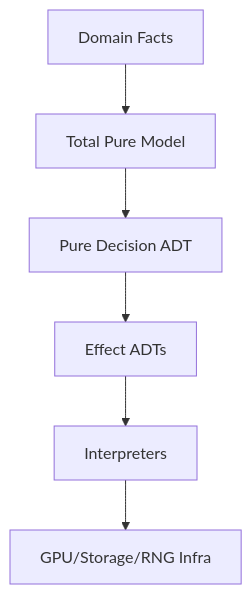
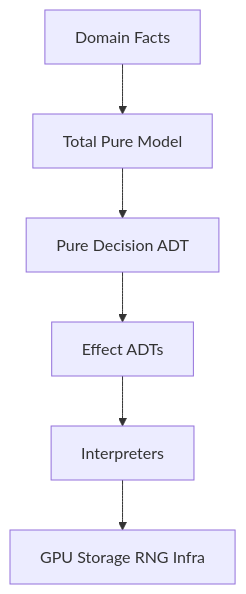
One commit to Tuee22/SpectralMC changed the second of 2 diagrams in documents/engineering/architecture.md. Above: the diagram before and after it, drawn with Mermaid. The commit also changed other lines of this file and 29 other files, not shown here.

````diff
--- a/documents/engineering/architecture.md
+++ b/documents/engineering/architecture.md
@@ -70,15 +70,15 @@
 ```mermaid
 flowchart TB
   Reality[Domain Facts]
   Model[Total Pure Model]
   Decision[Pure Decision ADT]
   Effects[Effect ADTs]
   Interpreter[Interpreters]
-  Infra[GPU/Storage/RNG Infra]
+  Infra[GPU Storage RNG Infra]
 
   Reality --> Model
   Model --> Decision
   Decision --> Effects
   Effects --> Interpreter
   Interpreter --> Infra
 ```
````
